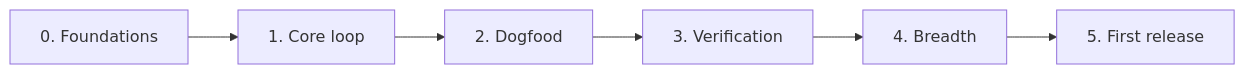
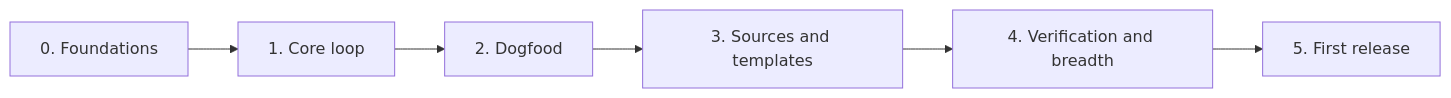
One commit to mengjiasun1992/structural-llm-wiki changed the diagram in docs/skill_execution_plan.md. Above: the diagram before and after it, drawn with Mermaid. The commit also changed other lines of this file, not shown here.

First line of the commit message:
Put sources and templates ahead of verification

````diff
--- a/docs/skill_execution_plan.md
+++ b/docs/skill_execution_plan.md
@@ -78,4 +78,4 @@
 ```mermaid
 graph LR
-    P0["0. Foundations"] --> P1["1. Core loop"] --> P2["2. Dogfood"] --> P3["3. Verification"] --> P4["4. Breadth"] --> P5["5. First release"]
+    P0["0. Foundations"] --> P1["1. Core loop"] --> P2["2. Dogfood"] --> P3["3. Sources and templates"] --> P4["4. Verification and breadth"] --> P5["5. First release"]
 ```
````
